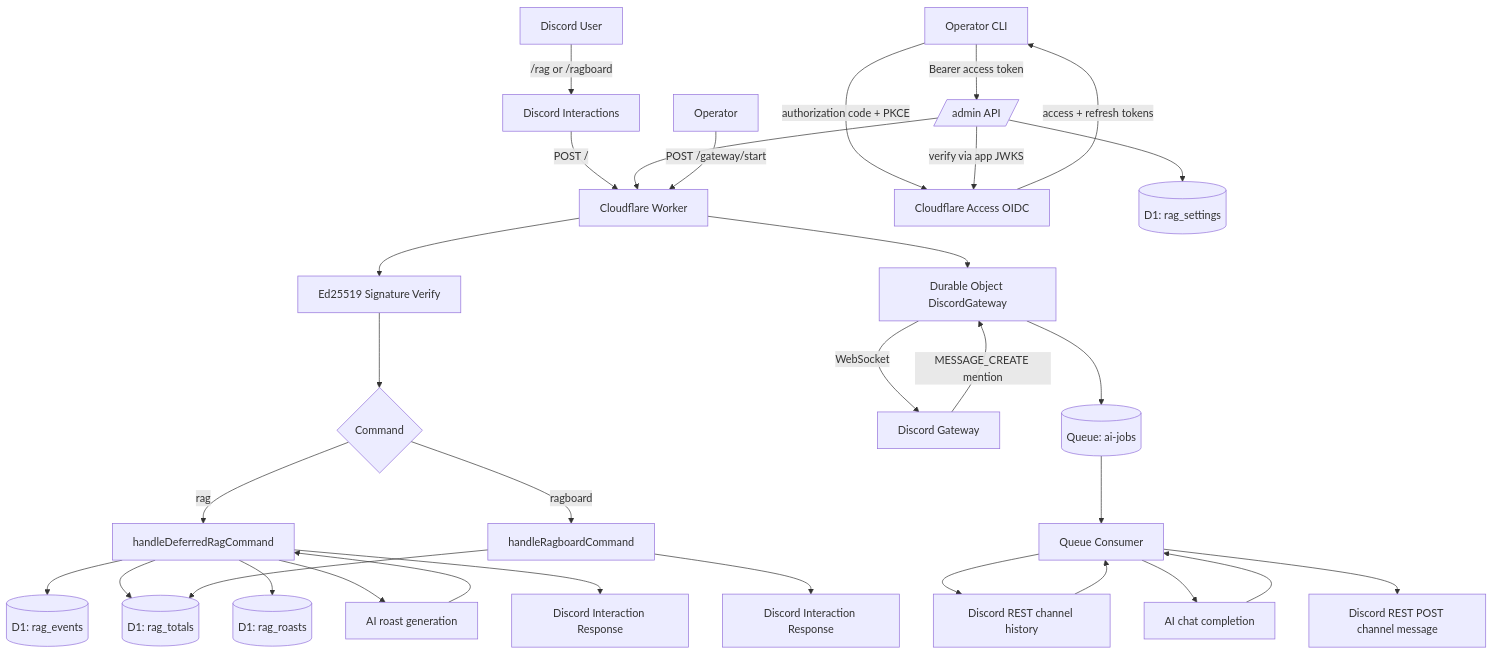
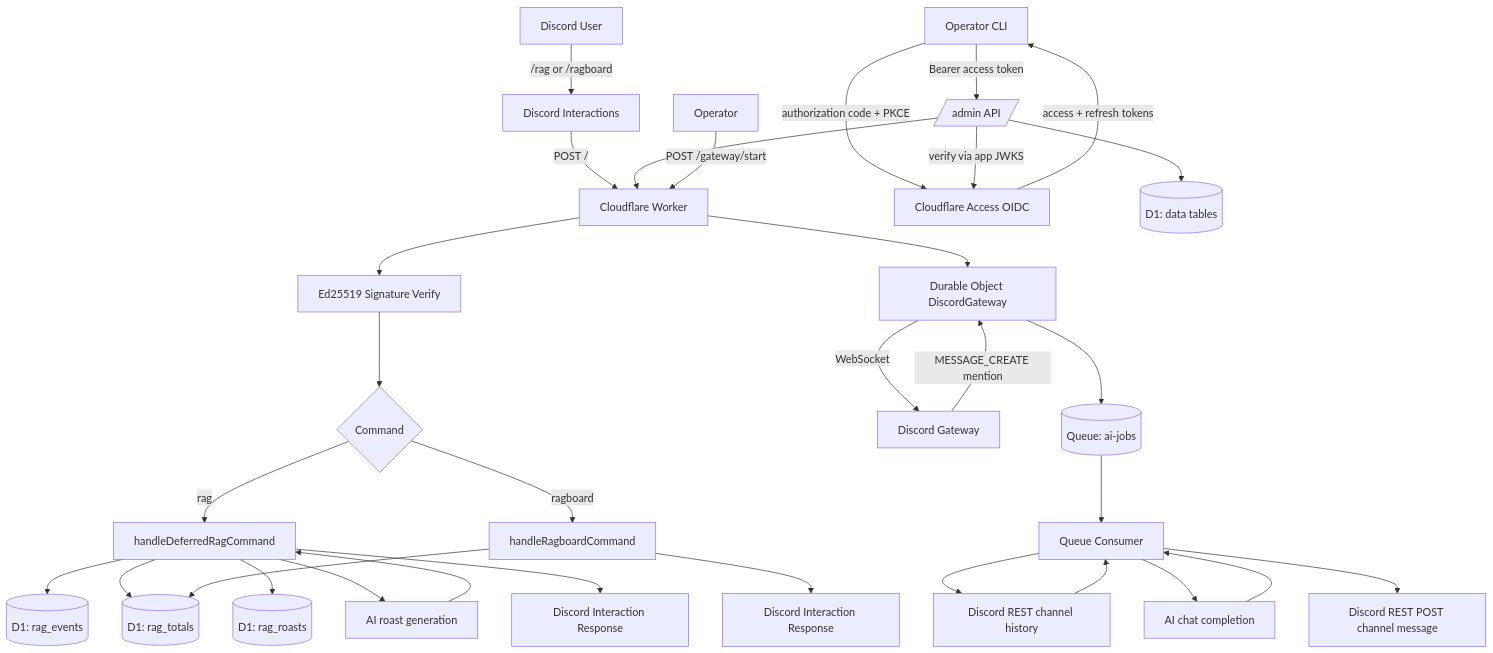
The diagram in README.md (jackm43/rag), drawn with Mermaid before and after one commit. The commit also changed other lines of this file and 16 other files, not shown here.

````diff
--- a/README.md
+++ b/README.md
@@ -36,38 +36,38 @@
 ```mermaid
 flowchart TD
   U[Discord User] -->|/rag or /ragboard| D1[Discord Interactions]
   D1 -->|POST /| W[Cloudflare Worker]
   W --> V[Ed25519 Signature Verify]
   V --> R{Command}
 
   R -->|rag| CR[handleDeferredRagCommand]
   CR --> DB1[(D1: rag_events)]
   CR --> DB2[(D1: rag_totals)]
   CR --> DB3[(D1: rag_roasts)]
   CR --> AI1[AI roast generation]
   AI1 --> CR
   CR --> DResp1[Discord Interaction Response]
 
   R -->|ragboard| CB[handleRagboardCommand]
   CB --> DB2
   CB --> DResp2[Discord Interaction Response]
 
   Admin[Operator CLI] -->|authorization code + PKCE| CFA[Cloudflare Access OIDC]
   CFA -->|access + refresh tokens| Admin
   Admin -->|Bearer access token| AA[/admin API/]
   AA -->|verify via app JWKS| CFA
   AA --> W
-  AA --> DB4[(D1: rag_settings)]
+  AA --> DB4[(D1: data tables)]
 
   Admin2[Operator] -->|POST /gateway/start| W
   W --> DO[Durable Object DiscordGateway]
   DO -->|WebSocket| DG[Discord Gateway]
   DG -->|MESSAGE_CREATE mention| DO
   DO --> Q[(Queue: ai-jobs)]
   Q --> QC[Queue Consumer]
   QC --> H[Discord REST channel history]
   H --> QC
   QC --> AI2[AI chat completion]
   AI2 --> QC
   QC --> DR[Discord REST POST channel message]
 ```
````
